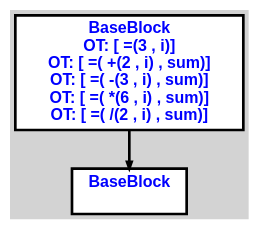
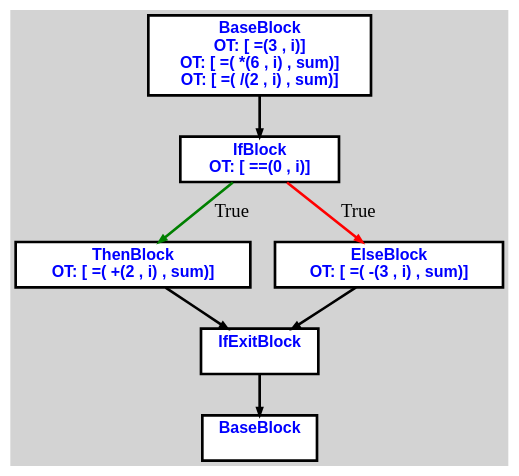
The diagram in cpoCompilerWin/input2.txt.calculator.dot (aveen007/CountingMonkeys), drawn with Graphviz before and after one commit. The commit also changed 10 other files, not shown here.

```diff
--- a/cpoCompilerWin/input2.txt.calculator.dot
+++ b/cpoCompilerWin/input2.txt.calculator.dot
@@ -1,15 +1,25 @@
 digraph G {
 ordering=out;
 ranksep=.4;
 bgcolor="lightgrey";  node [shape=box, fixedsize=false, fontsize=12, fontname="Helvetica-bold", fontcolor="blue"
 width=.25, height=.25, color="black", fillcolor="white", style="filled, solid, bold"];
 
-edge [arrowsize=.5, color="black", style="bold"]    n000011D15C021460 [label="BaseBlock\n OT: [ =(3 , i)]
-OT: [ =( +(2 , i) , sum)]
-OT: [ =( -(3 , i) , sum)]
+edge [arrowsize=.5, color="black", style="bold"]    n000011D8E18A1400 [label="BaseBlock\n OT: [ =(3 , i)]
 OT: [ =( *(6 , i) , sum)]
 OT: [ =( /(2 , i) , sum)]
 "]
-    n000011D15C0214C0 [label="BaseBlock\n "]
-    n000011D15C021460 -> n000011D15C0214C0
+    n000011D8E18A1460 [label="IfBlock\n OT: [ ==(0 , i)]
+"]
+    n000011D8E18A1400 -> n000011D8E18A1460
+    n000011D8E18A1460 -> n000011D8E18A14C0 [label="True" color="green"]
+    n000011D8E18A14C0 [label="ThenBlock\n OT: [ =( +(2 , i) , sum)]
+"]
+    n000011D8E18A1580 [label="IfExitBlock\n "]
+    n000011D8E18A14C0 -> n000011D8E18A1580
+    n000011D8E18A15E0 [label="BaseBlock\n "]
+    n000011D8E18A1580 -> n000011D8E18A15E0
+    n000011D8E18A1460 -> n000011D8E18A1520 [label="True" color="red"]
+    n000011D8E18A1520 [label="ElseBlock\n OT: [ =( -(3 , i) , sum)]
+"]
+    n000011D8E18A1520 -> n000011D8E18A1580
 }
```
